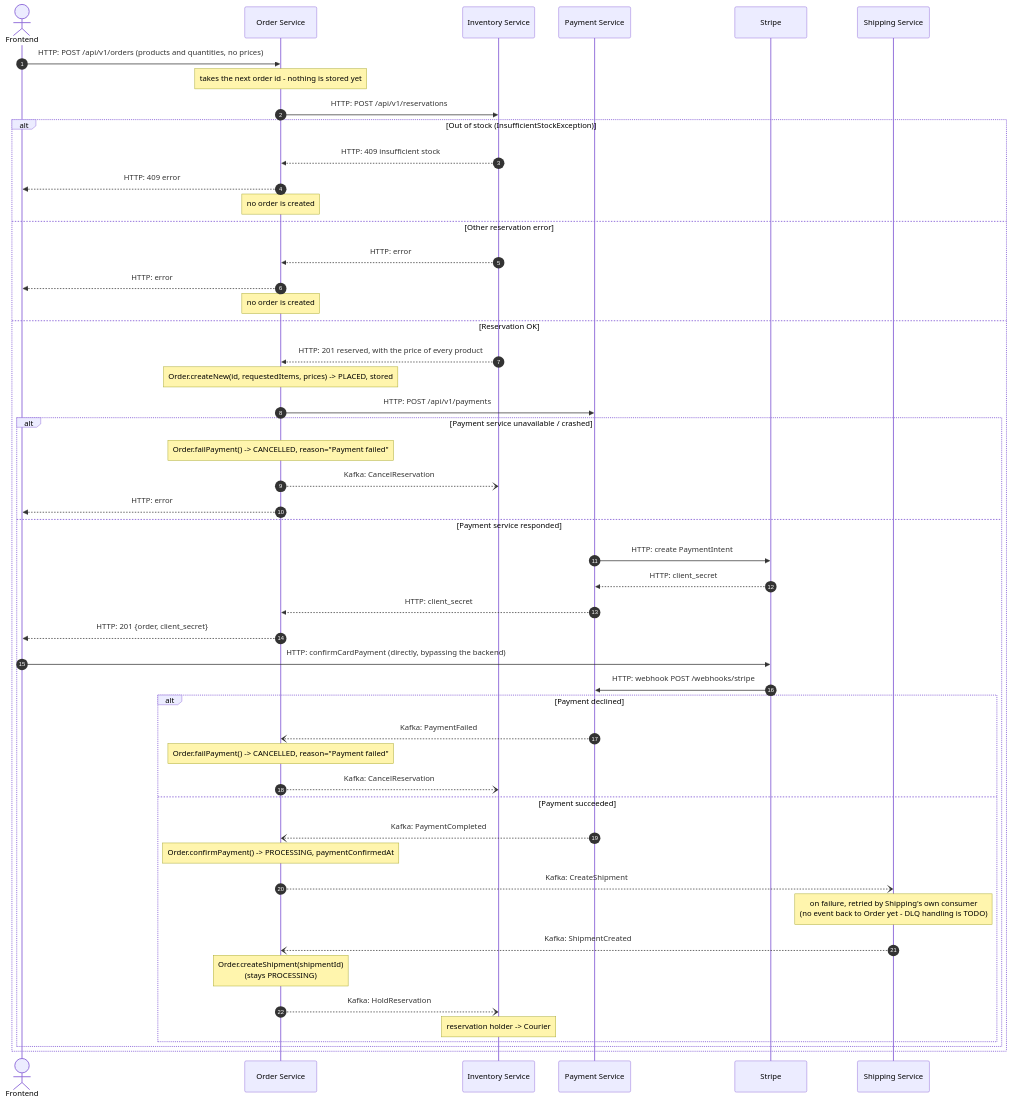
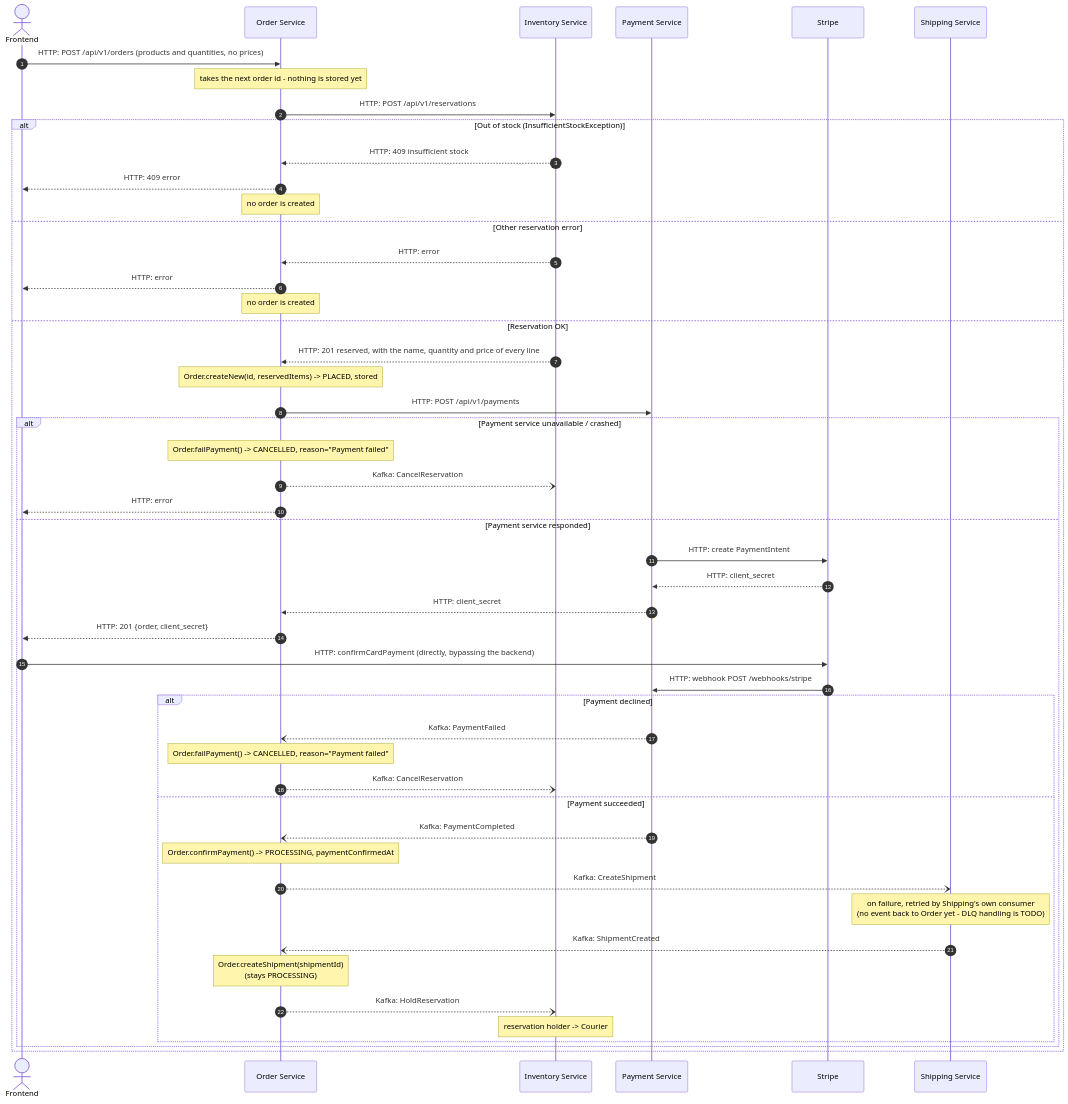
The third of 5 diagrams in docs/order_saga.md (ihorhartmann/E-commerce-App), drawn with Mermaid before and after one commit. The commit also changed 35 other files, not shown here.

Commit message:
IHO-80 Added product name for OI

````diff
--- a/docs/order_saga.md
+++ b/docs/order_saga.md
@@ -76,58 +76,58 @@
 ```mermaid
 sequenceDiagram
     autonumber
     actor U as Frontend
     participant O as Order Service
     participant I as Inventory Service
     participant P as Payment Service
     participant S as Stripe
     participant Sh as Shipping Service
 
     U->>O: HTTP: POST /api/v1/orders (products and quantities, no prices)
     Note over O: takes the next order id - nothing is stored yet
     O->>I: HTTP: POST /api/v1/reservations
 
     alt Out of stock (InsufficientStockException)
         I-->>O: HTTP: 409 insufficient stock
         O-->>U: HTTP: 409 error
         Note over O: no order is created
     else Other reservation error
         I-->>O: HTTP: error
         O-->>U: HTTP: error
         Note over O: no order is created
     else Reservation OK
-        I-->>O: HTTP: 201 reserved, with the price of every product
-        Note over O: Order.createNew(id, requestedItems, prices) -> PLACED, stored
+        I-->>O: HTTP: 201 reserved, with the name, quantity and price of every line
+        Note over O: Order.createNew(id, reservedItems) -> PLACED, stored
         O->>P: HTTP: POST /api/v1/payments
 
         alt Payment service unavailable / crashed
             Note over O: Order.failPayment() -> CANCELLED, reason="Payment failed"
             O--)I: Kafka: CancelReservation
             O-->>U: HTTP: error
         else Payment service responded
             P->>S: HTTP: create PaymentIntent
             S-->>P: HTTP: client_secret
             P-->>O: HTTP: client_secret
             O-->>U: HTTP: 201 {order, client_secret}
 
             U->>S: HTTP: confirmCardPayment (directly, bypassing the backend)
             S->>P: HTTP: webhook POST /webhooks/stripe
 
             alt Payment declined
                 P--)O: Kafka: PaymentFailed
                 Note over O: Order.failPayment() -> CANCELLED, reason="Payment failed"
                 O--)I: Kafka: CancelReservation
             else Payment succeeded
                 P--)O: Kafka: PaymentCompleted
                 Note over O: Order.confirmPayment() -> PROCESSING, paymentConfirmedAt
                 O--)Sh: Kafka: CreateShipment
                 Note over Sh: on failure, retried by Shipping's own consumer<br/>(no event back to Order yet - DLQ handling is TODO)
 
                 Sh--)O: Kafka: ShipmentCreated
                 Note over O: Order.createShipment(shipmentId)<br/>(stays PROCESSING)
                 O--)I: Kafka: HoldReservation
                 Note over I: reservation holder -> Courier
             end
         end
     end
 ```
````
